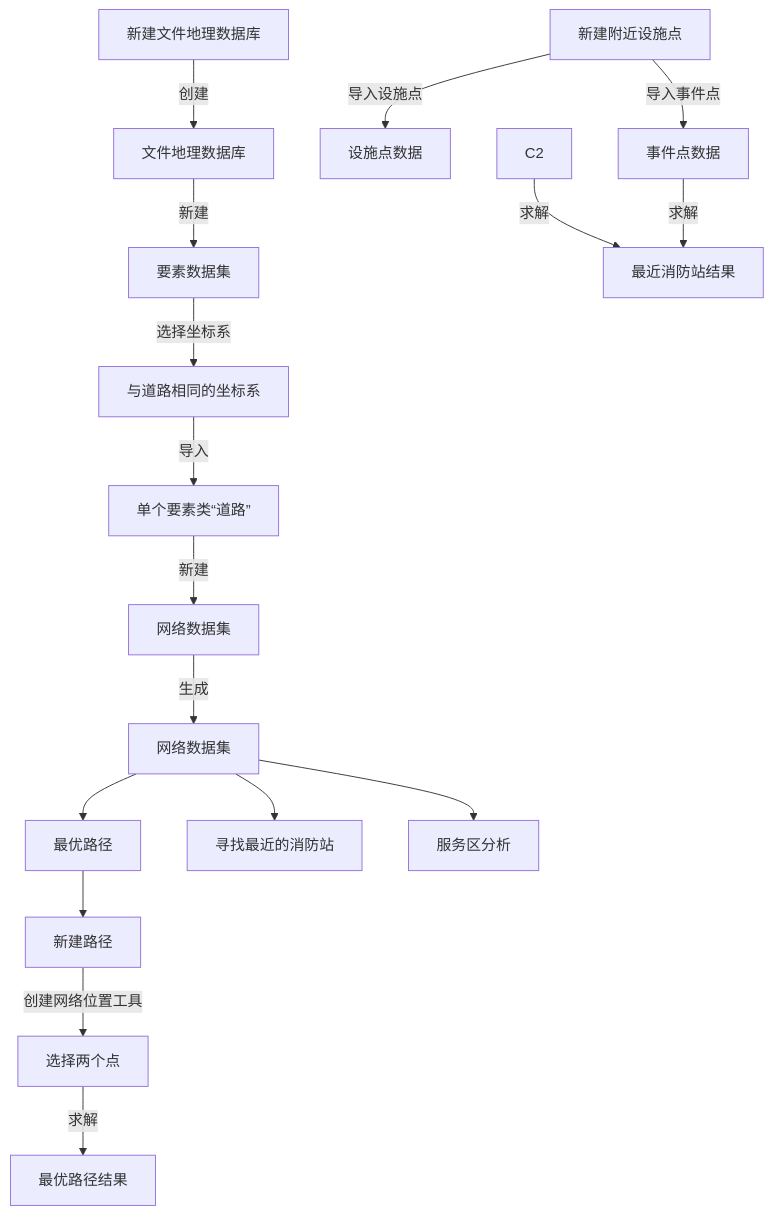
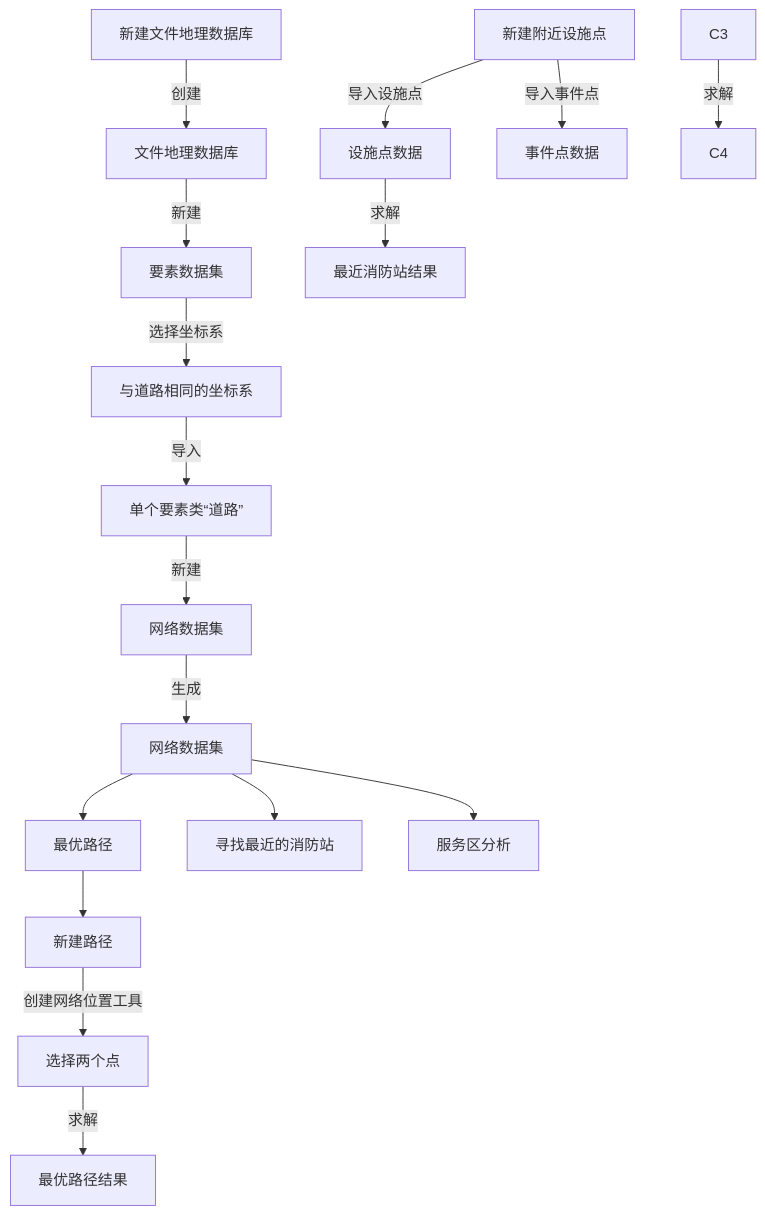
The diagram in all/未命名.md (newguser/iodraw-files), drawn with Mermaid before and after one commit.

Commit message:
2025-02-27 21:17:00 update

````diff
--- a/all/未命名.md
+++ b/all/未命名.md
@@ -1,19 +1,19 @@
 ```mermaid
 graph TD
     A[新建文件地理数据库] -->|创建| B[文件地理数据库]
     B -->|新建| C[要素数据集]
     C -->|选择坐标系| D[与道路相同的坐标系]
     D -->|导入| E[单个要素类“道路”]
     E -->|新建| F[网络数据集]
     F -->|生成| G[网络数据集]
     G[网络数据集] -->H[最优路径]
     G[网络数据集] -->I[寻找最近的消防站]
     G[网络数据集] -->J[服务区分析]
     H[最优路径]-->H1[新建路径]
     H1[新建路径] -->|创建网络位置工具| H2[选择两个点]
         H2 -->|求解| H3[最优路径结果]
     I1[新建附近设施点] -->|导入设施点| I2[设施点数据]
-        I1 -->|导入事件点| C3[事件点数据]
-        C2 -->|求解| C4[最近消防站结果]
+        I1 -->|导入事件点| I3[事件点数据]
+        I2 -->|求解| I4[最近消防站结果]
         C3 -->|求解| C4
 ```
````
